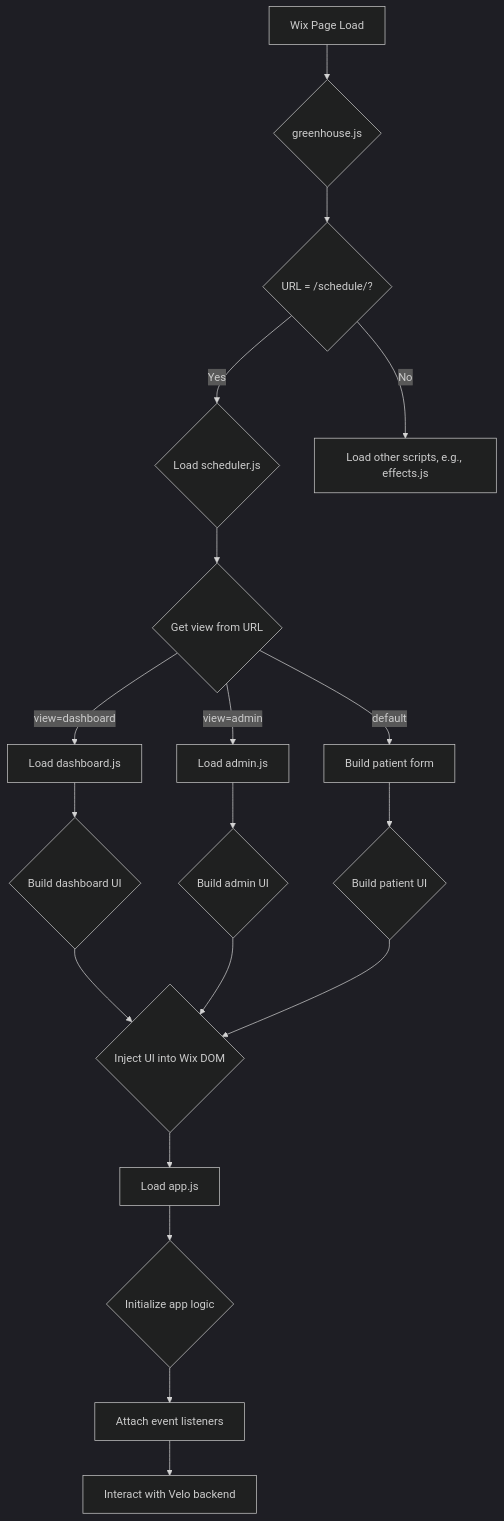
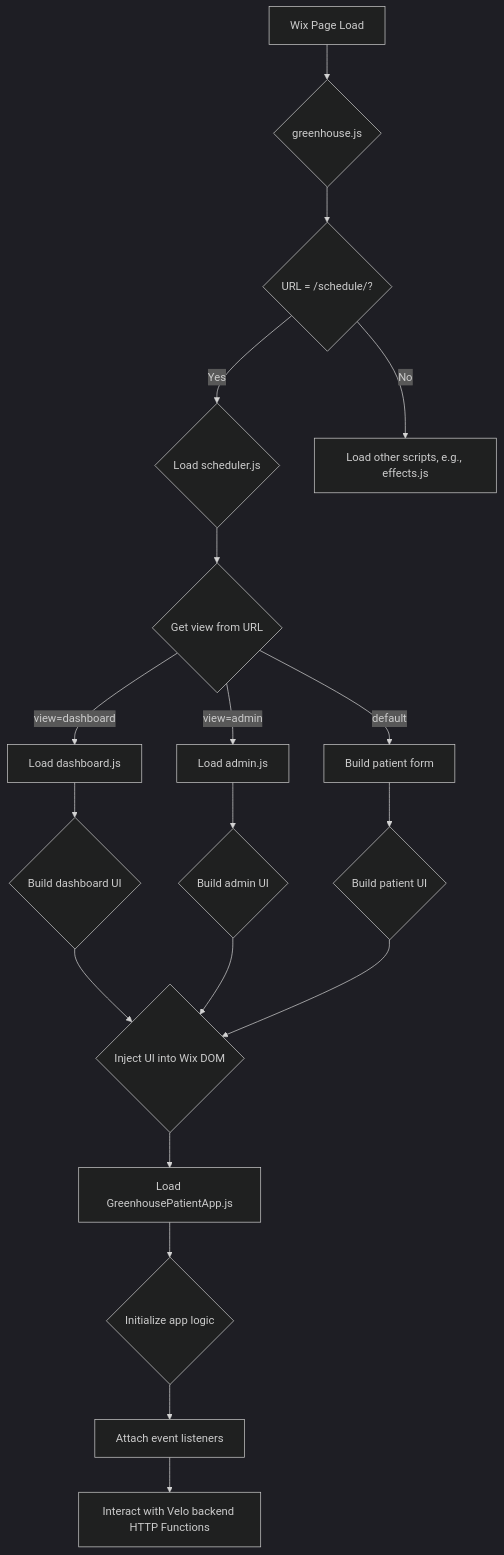
The diagram in docs/wix_dom_manipulation.md (drtamarojgreen/greenhouse_org), drawn with Mermaid (dark theme) before and after one commit. The commit also changed other lines of this file and 31 other files, not shown here.

````diff
--- a/docs/wix_dom_manipulation.md
+++ b/docs/wix_dom_manipulation.md
@@ -20,21 +20,21 @@
 ```mermaid
 graph TD
     A[Wix Page Load] --> B{greenhouse.js};
     B --> C{URL = /schedule/?};
     C -- Yes --> D{Load scheduler.js};
     C -- No --> E[Load other scripts, e.g., effects.js];
     D --> F{Get view from URL};
     F -- view=dashboard --> G[Load dashboard.js];
     F -- view=admin --> H[Load admin.js];
     F -- default --> I[Build patient form];
     G --> J{Build dashboard UI};
     H --> K{Build admin UI};
     I --> L{Build patient UI};
     J --> M{Inject UI into Wix DOM};
     K --> M;
     L --> M;
-    M --> N[Load app.js];
+    M --> N[Load GreenhousePatientApp.js];
     N --> O{Initialize app logic};
     O --> P[Attach event listeners];
-    P --> Q[Interact with Velo backend];
+    P --> Q[Interact with Velo backend HTTP Functions];
 ```
````
